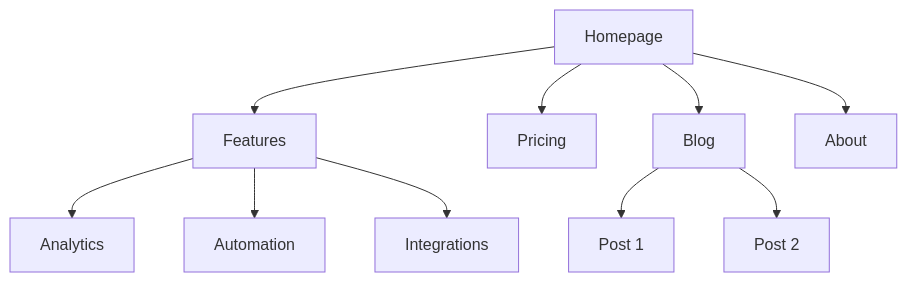
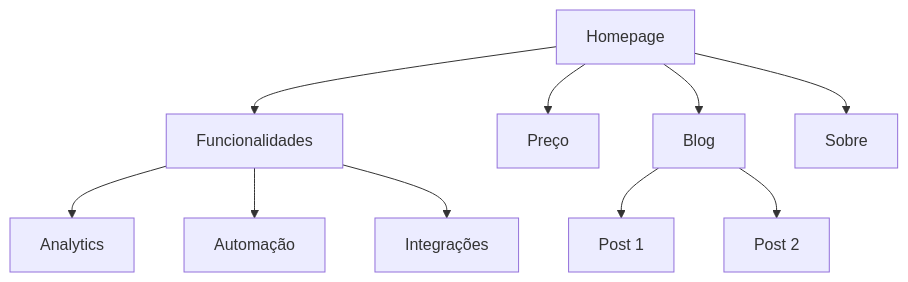
One commit to LorenzoMBegnozzi/Projeto-DividirAluguel changed the first of 2 diagrams in .agents/skills/site-architecture/SKILL.md. Above: the diagram before and after it, drawn with Mermaid. The commit also changed other lines of this file and 231 other files, not shown here.

````diff
--- a/.agents/skills/site-architecture/SKILL.md
+++ b/.agents/skills/site-architecture/SKILL.md
@@ -212,14 +218,14 @@
 ```mermaid
 graph TD
-    HOME[Homepage] --> FEAT[Features]
-    HOME --> PRICE[Pricing]
+    HOME[Homepage] --> FEAT[Funcionalidades]
+    HOME --> PRICE[Preço]
     HOME --> BLOG[Blog]
-    HOME --> ABOUT[About]
+    HOME --> ABOUT[Sobre]
 
     FEAT --> F1[Analytics]
-    FEAT --> F2[Automation]
-    FEAT --> F3[Integrations]
+    FEAT --> F2[Automação]
+    FEAT --> F3[Integrações]
 
     BLOG --> B1[Post 1]
     BLOG --> B2[Post 2]
 ```
````
